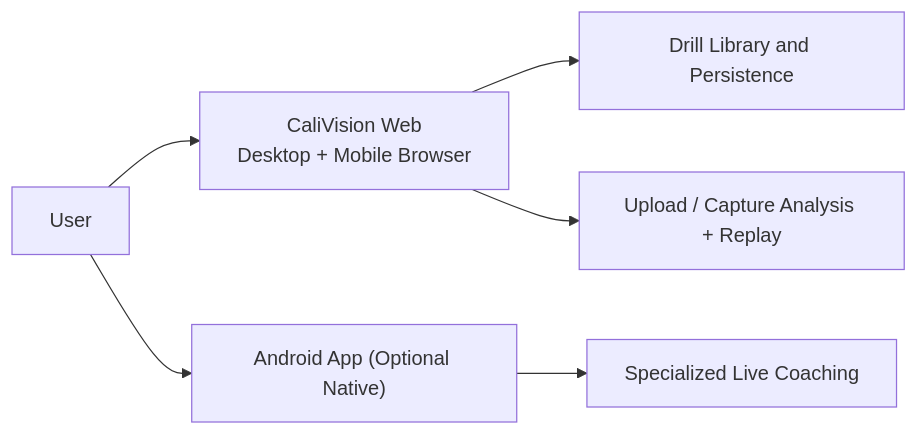
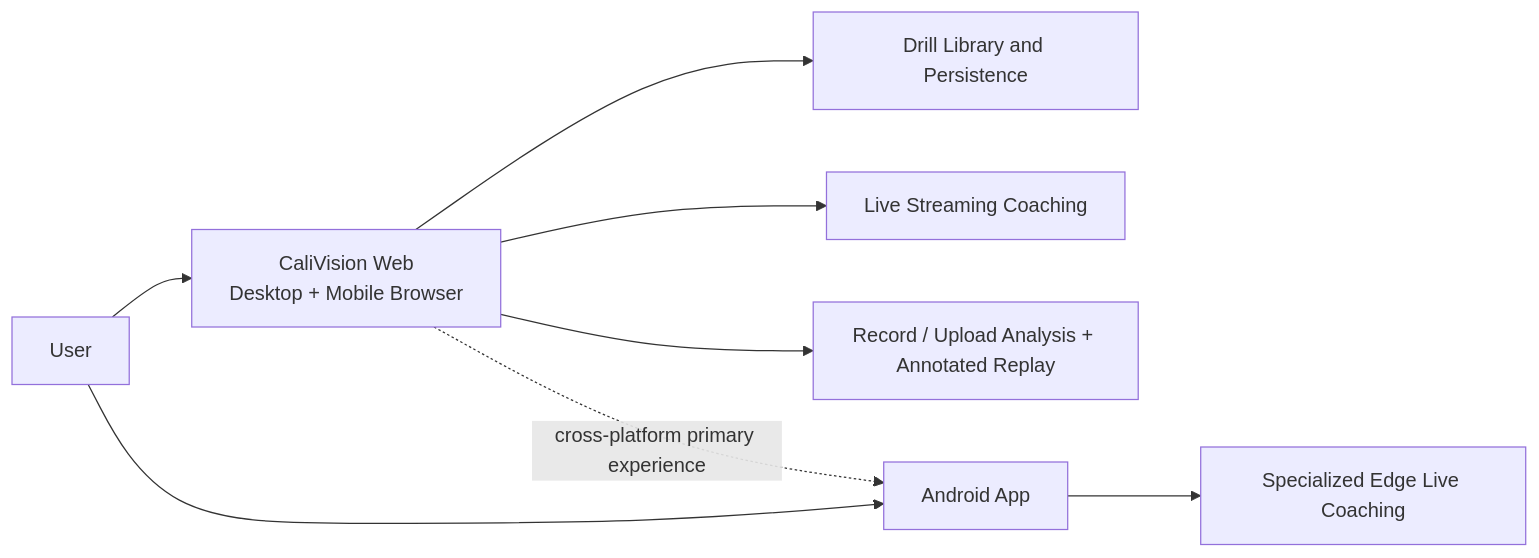
Before and after one commit to Voycepeh/CaliVision-Studio: the diagram in README.md, drawn with Mermaid.

Commit message:
Update flowchart in README for coaching features

````diff
--- a/README.md
+++ b/README.md
@@ -69,8 +69,10 @@
 ```mermaid
 flowchart LR
     U["User"] --> WS["CaliVision Web<br/>Desktop + Mobile Browser"]
     WS --> DL["Drill Library and Persistence"]
-    WS --> UA["Upload / Capture Analysis + Replay"]
-    U --> AA["Android App (Optional Native)"]
-    AA --> LC["Specialized Live Coaching"]
+    WS --> LS["Live Streaming Coaching"]
+    WS --> UA["Record / Upload Analysis + Annotated Replay"]
+    U --> AA["Android App"]
+    AA --> LC["Specialized Edge Live Coaching"]
+    WS -. cross-platform primary experience .-> AA
 ```
````
